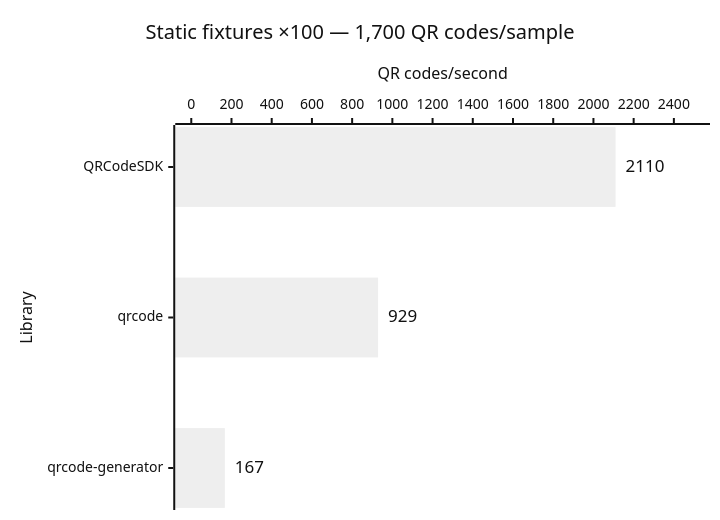
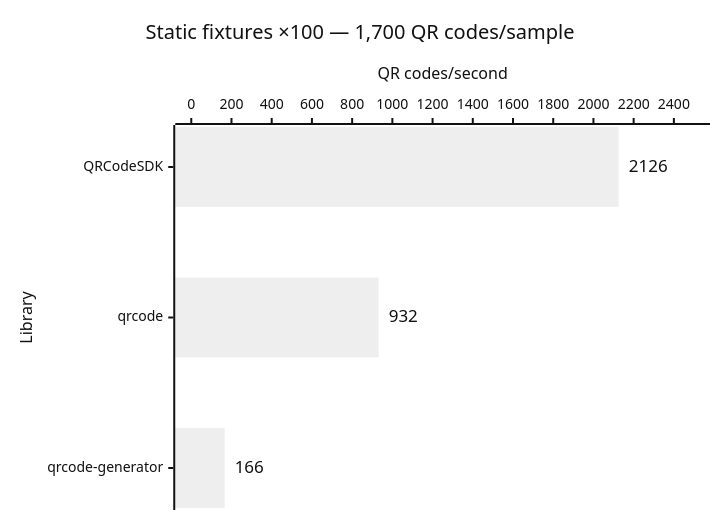
The seventh of 14 diagrams in apps/docs/src/content/docs/learn/performance.md (Dafnik/qrcodesdk), drawn with Mermaid (neutral theme) before and after one commit. The commit also changed other lines of this file and 75 other files, not shown here.

````diff
--- a/apps/docs/src/content/docs/learn/performance.md
+++ b/apps/docs/src/content/docs/learn/performance.md
@@ -147,15 +147,15 @@
 ```mermaid
 ---
 config:
   xyChart:
     showDataLabel: true
     showDataLabelOutsideBar: true
 ---
 xychart horizontal
   accTitle: Automatic matrix generation: Static fixtures ×100 — 1,700 QR codes/sample
-  accDescr: Throughput calculated from median time. QRCodeSDK 2,110 QR codes per second, qrcode 929 QR codes per second, qrcode-generator 167 QR codes per second. Higher is better.
+  accDescr: Throughput calculated from median time. QRCodeSDK 2,126 QR codes per second, qrcode 932 QR codes per second, qrcode-generator 166 QR codes per second. Higher is better.
   title "Static fixtures ×100 — 1,700 QR codes/sample"
   x-axis "Library" ["QRCodeSDK", "qrcode", "qrcode-generator"]
   y-axis "QR codes/second" 0 --> 2500
-  bar [2110, 929, 167]
+  bar [2126, 932, 166]
 ```
````
